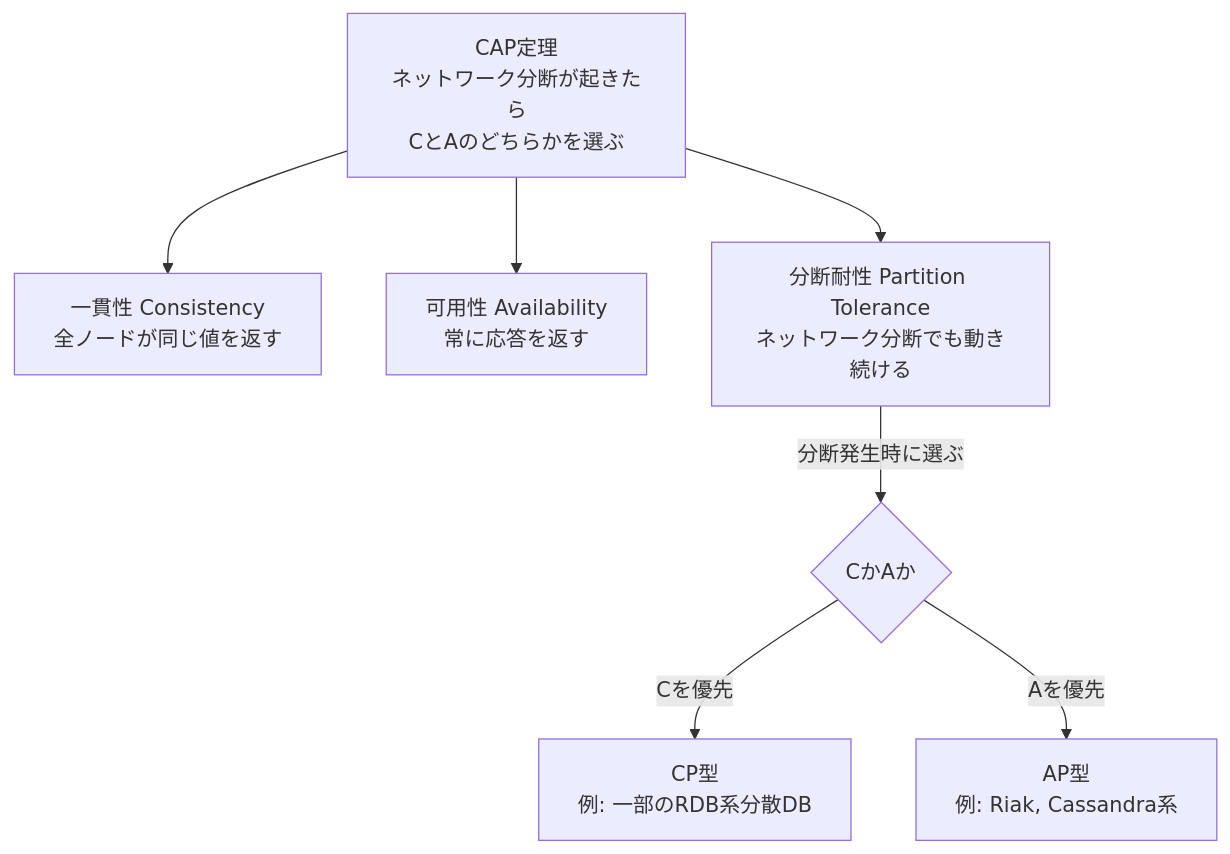
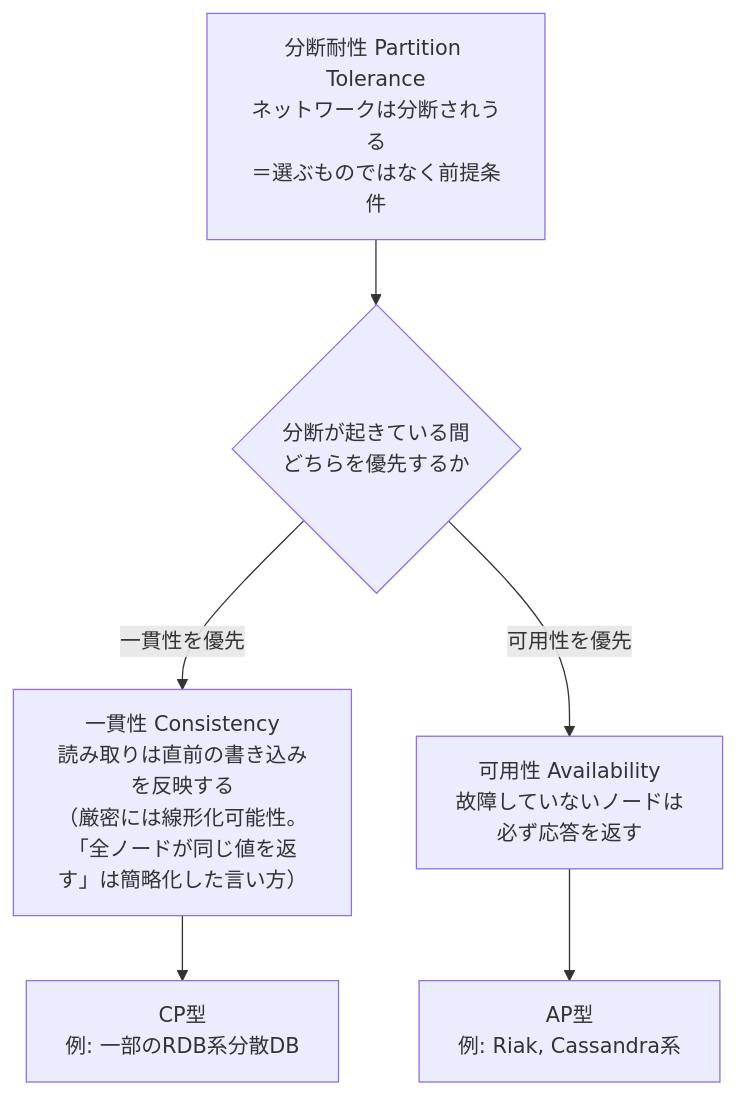
One commit to myoshi2891/Software-Design-and-Architecture changed the eighth of 16 diagrams in Nosql-distilled-guide.md. Above: the diagram before and after it, drawn with Mermaid. The commit also changed other lines of this file, not shown here.

Commit message:
docs(nosql-distilled): CAP図の構造と RDB・結合機能の記述を修正
- CAP図で P が C・A と並ぶ第3の選択肢として描かれていたため、P を前提条件
  として最上位に置き、その下に C と A の選択を配置する構造へ変更した。
  C のラベルは厳密には線形化可能性であることを示し、「全ノードが同じ値を
  返す」が簡略化した言い方である旨を明記した。
- 「RDBはそもそもクラスタで動かす前提で設計されていない」を、当時広く
  使われていた単一ノード中心の製品に限定し、Spanner や CockroachDB の
  ような分散SQLが前提を覆している点を補足した。
- 集約をまたぐ結合を一律「宣言的にはできない」としていたため、MongoDB の
  $lookup のように製品によっては結合機能を持つこと、サポート範囲と性能は
  製品ごとに異なることを追記した。要件を満たせない場合にアプリ側で複数回
  のアクセスへ分解する説明は維持している。

````diff
--- a/Nosql-distilled-guide.md
+++ b/Nosql-distilled-guide.md
@@ -340,10 +340,9 @@
 ```mermaid
 flowchart TD
-    CAP["CAP定理<br/>ネットワーク分断が起きたら<br/>CとAのどちらかを選ぶ"]
-    CAP --> C["一貫性 Consistency<br/>全ノードが同じ値を返す"]
-    CAP --> A["可用性 Availability<br/>常に応答を返す"]
-    CAP --> P["分断耐性 Partition Tolerance<br/>ネットワーク分断でも動き続ける"]
-    P -->|"分断発生時に選ぶ"| Choice{"CかAか"}
-    Choice -->|"Cを優先"| CP["CP型<br/>例: 一部のRDB系分散DB"]
-    Choice -->|"Aを優先"| AP["AP型<br/>例: Riak, Cassandra系"]
+    P["分断耐性 Partition Tolerance<br/>ネットワークは分断されうる<br/>＝選ぶものではなく前提条件"]
+    P --> Choice{"分断が起きている間<br/>どちらを優先するか"}
+    Choice -->|"一貫性を優先"| C["一貫性 Consistency<br/>読み取りは直前の書き込みを反映する<br/>（厳密には線形化可能性。<br/>「全ノードが同じ値を返す」は簡略化した言い方）"]
+    Choice -->|"可用性を優先"| A["可用性 Availability<br/>故障していないノードは<br/>必ず応答を返す"]
+    C --> CP["CP型<br/>例: 一部のRDB系分散DB"]
+    A --> AP["AP型<br/>例: Riak, Cassandra系"]
 ```
````
